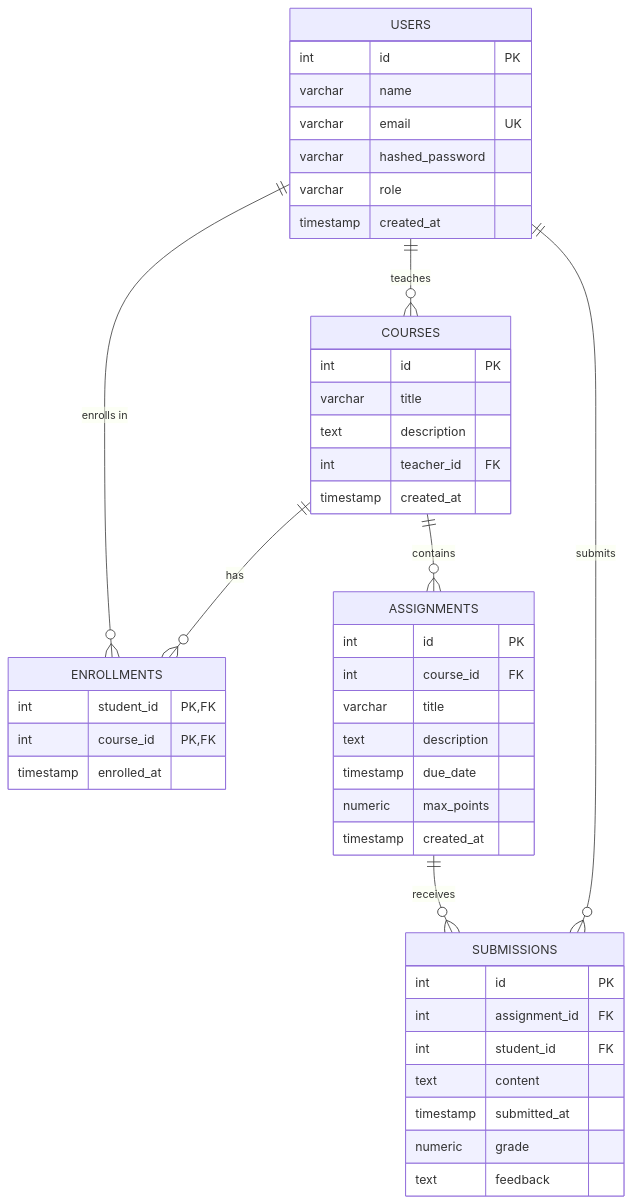
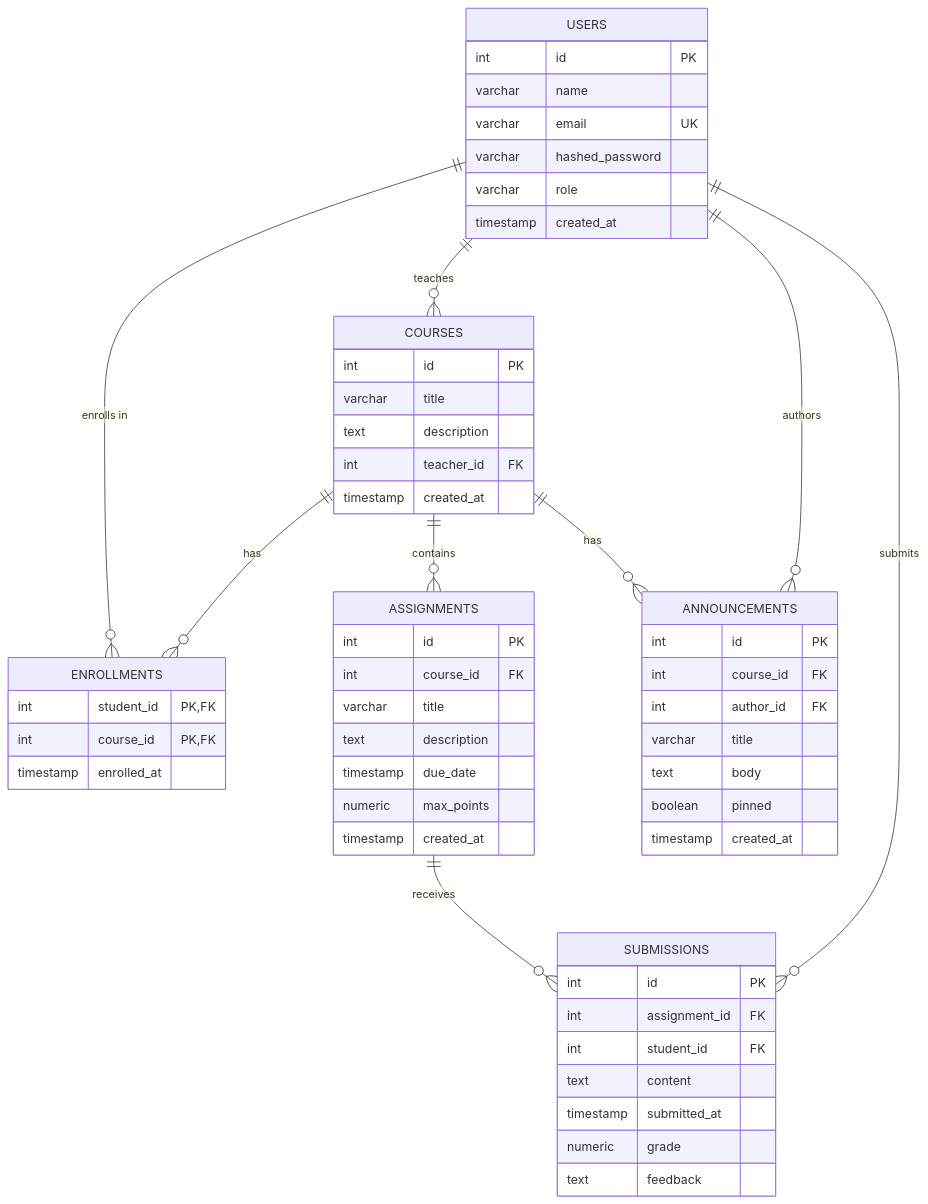
Before and after one commit to jacobolf2404/DukeAcademy2.0: the diagram in docs/er-diagram.md, drawn with Mermaid. The commit also changed 15 other files, not shown here.

````diff
--- a/docs/er-diagram.md
+++ b/docs/er-diagram.md
@@ -3,52 +3,59 @@
 ```mermaid
 erDiagram
     USERS {
         int id PK
         varchar name
         varchar email UK
         varchar hashed_password
         varchar role
         timestamp created_at
     }
-
     COURSES {
         int id PK
         varchar title
         text description
         int teacher_id FK
         timestamp created_at
     }
-
     ENROLLMENTS {
         int student_id PK,FK
         int course_id PK,FK
         timestamp enrolled_at
     }
-
     ASSIGNMENTS {
         int id PK
         int course_id FK
         varchar title
         text description
         timestamp due_date
         numeric max_points
         timestamp created_at
     }
-
     SUBMISSIONS {
         int id PK
         int assignment_id FK
         int student_id FK
         text content
         timestamp submitted_at
         numeric grade
         text feedback
     }
+    ANNOUNCEMENTS {
+        int id PK
+        int course_id FK
+        int author_id FK
+        varchar title
+        text body
+        boolean pinned
+        timestamp created_at
+    }
 
-    USERS ||--o{ COURSES      : "teaches"
-    USERS ||--o{ ENROLLMENTS  : "enrolls in"
-    COURSES ||--o{ ENROLLMENTS : "has"
-    COURSES ||--o{ ASSIGNMENTS : "contains"
+    USERS ||--o{ COURSES       : "teaches"
+    USERS ||--o{ ENROLLMENTS   : "enrolls in"
+    COURSES ||--o{ ENROLLMENTS  : "has"
+    COURSES ||--o{ ASSIGNMENTS  : "contains"
+    COURSES ||--o{ ANNOUNCEMENTS : "has"
     ASSIGNMENTS ||--o{ SUBMISSIONS : "receives"
-    USERS ||--o{ SUBMISSIONS  : "submits"
+    USERS ||--o{ SUBMISSIONS   : "submits"
+    USERS ||--o{ ANNOUNCEMENTS : "authors"
 ```
````
